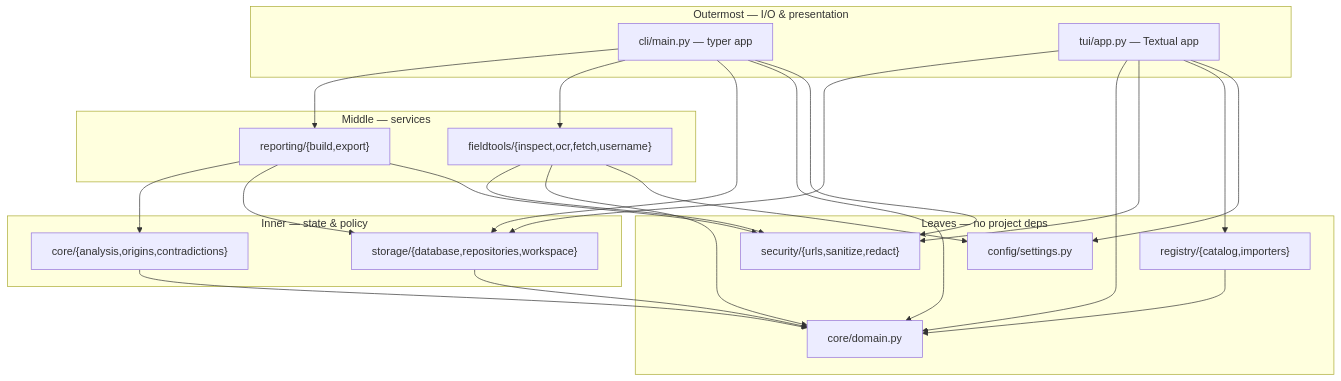
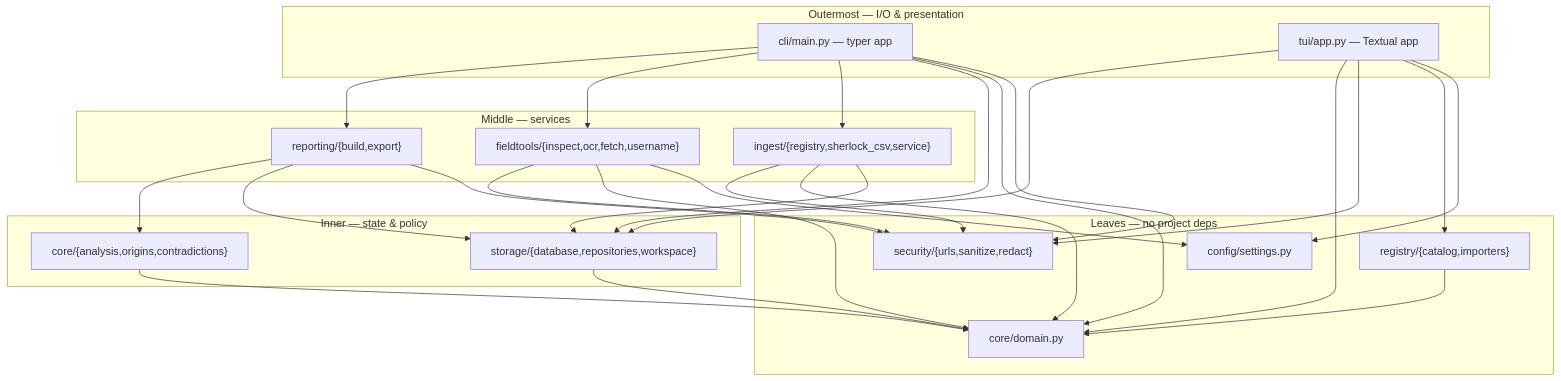
One commit to killerdasher/TRACEFIELD changed the diagram in README.md. Above: the diagram before and after it, drawn with Mermaid. The commit also changed other lines of this file and 30 other files, not shown here.

````diff
--- a/README.md
+++ b/README.md
@@ -262,28 +292,30 @@
 ```mermaid
 flowchart TB
   subgraph outer["Outermost — I/O & presentation"]
     CLI["cli/main.py — typer app"]
     TUI["tui/app.py — Textual app"]
   end
   subgraph mid["Middle — services"]
     RP["reporting/{build,export}"]
     FT["fieldtools/{inspect,ocr,fetch,username}"]
+    ING["ingest/{registry,sherlock_csv,service}"]
   end
   subgraph inner["Inner — state & policy"]
     ST["storage/{database,repositories,workspace}"]
     AN["core/{analysis,origins,contradictions}"]
   end
   subgraph leaf["Leaves — no project deps"]
     DOM["core/domain.py"]
     SEC["security/{urls,sanitize,redact}"]
     REG["registry/{catalog,importers}"]
     CFG["config/settings.py"]
   end
-  CLI --> RP & FT & ST & DOM & SEC
+  CLI --> RP & FT & ING & ST & DOM & SEC
   TUI --> ST & DOM & SEC & REG & CFG
   RP --> AN & ST & SEC
   FT --> SEC & DOM & CFG
+  ING --> SEC & DOM & ST
   AN --> DOM
   ST --> DOM
   REG --> DOM
 ```
````
